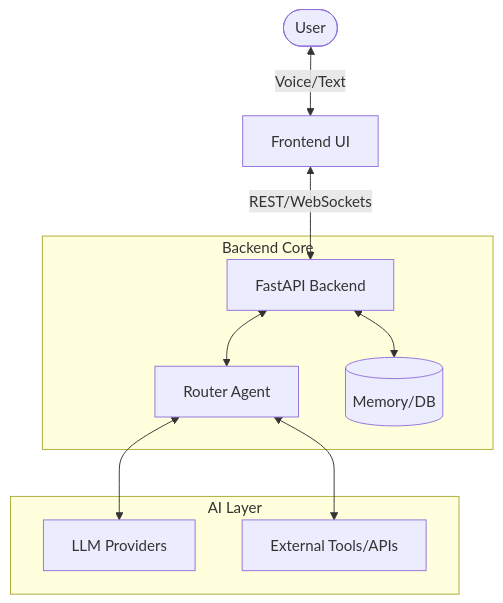
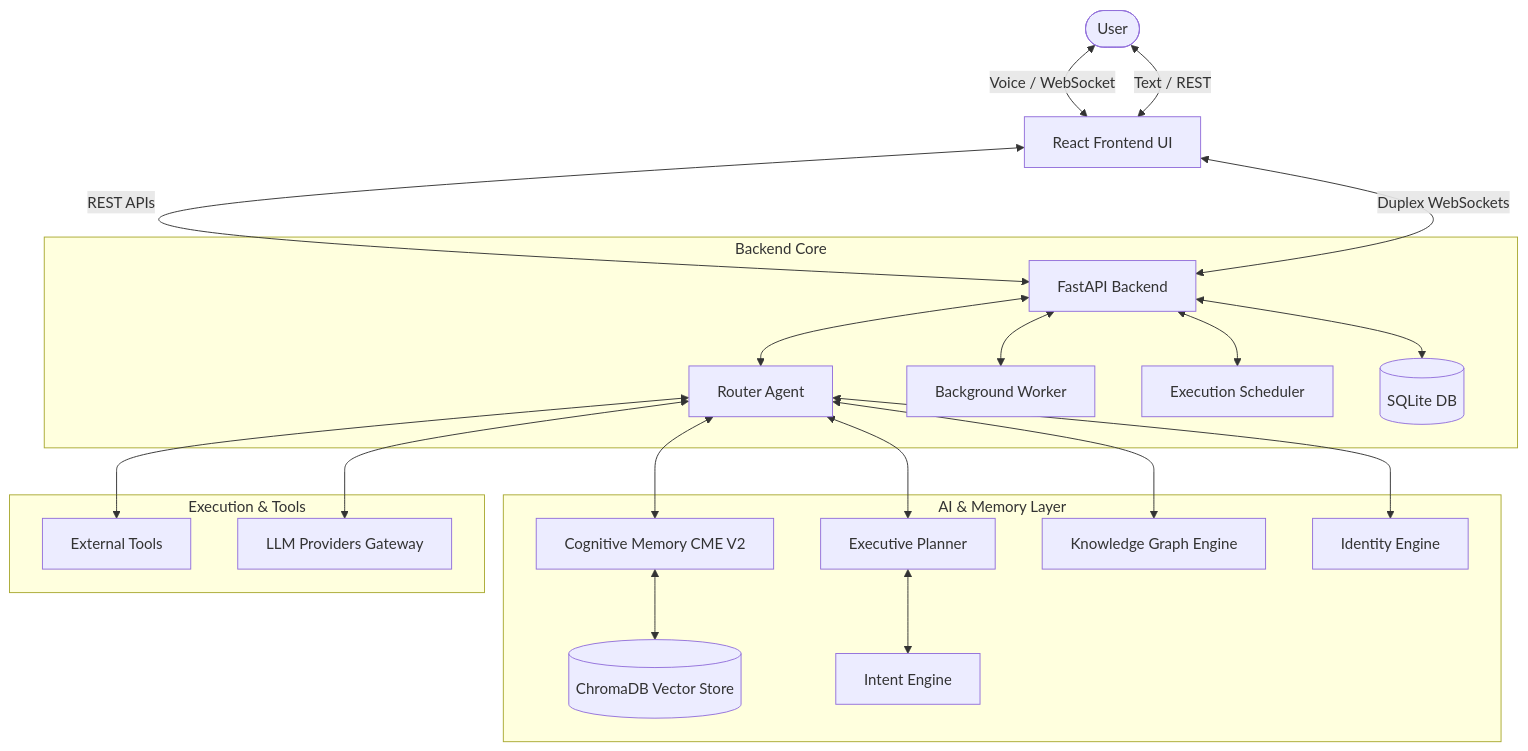
The diagram in docs/ARCHITECTURE.md (pritesh-4/Friday-Assistant), drawn with Mermaid before and after one commit. The commit also changed other lines of this file and 9 other files, not shown here.

````diff
--- a/docs/ARCHITECTURE.md
+++ b/docs/ARCHITECTURE.md
@@ -13,15 +13,28 @@
 ```mermaid
 flowchart TD
-    User([User]) <-->|Voice/Text| Frontend[Frontend UI]
-    Frontend <-->|REST/WebSockets| FastAPI[FastAPI Backend]
+    User([User]) <-->|Voice / WebSocket| Frontend[React Frontend UI]
+    User <-->|Text / REST| Frontend
+    Frontend <-->|REST APIs| FastAPI[FastAPI Backend]
+    Frontend <-->|Duplex WebSockets| FastAPI
     
     subgraph Backend Core
         FastAPI <--> Router[Router Agent]
-        FastAPI <--> MemoryStore[(Memory/DB)]
+        FastAPI <--> Worker[Background Worker]
+        FastAPI <--> Scheduler[Execution Scheduler]
+        FastAPI <--> sqlite[(SQLite DB)]
     end
     
-    subgraph AI Layer
-        Router <--> LLM[LLM Providers]
-        Router <--> Tools[External Tools/APIs]
+    subgraph AI & Memory Layer
+        Router <--> Planner[Executive Planner]
+        Router <--> CME[Cognitive Memory CME V2]
+        Router <--> KG[Knowledge Graph Engine]
+        Router <--> Identity[Identity Engine]
+        CME <--> ChromaDB[(ChromaDB Vector Store)]
+        Planner <--> Intent[Intent Engine]
+    end
+    
+    subgraph Execution & Tools
+        Router <--> Tools[External Tools]
+        Router <--> LLM[LLM Providers Gateway]
     end
 ```
````
